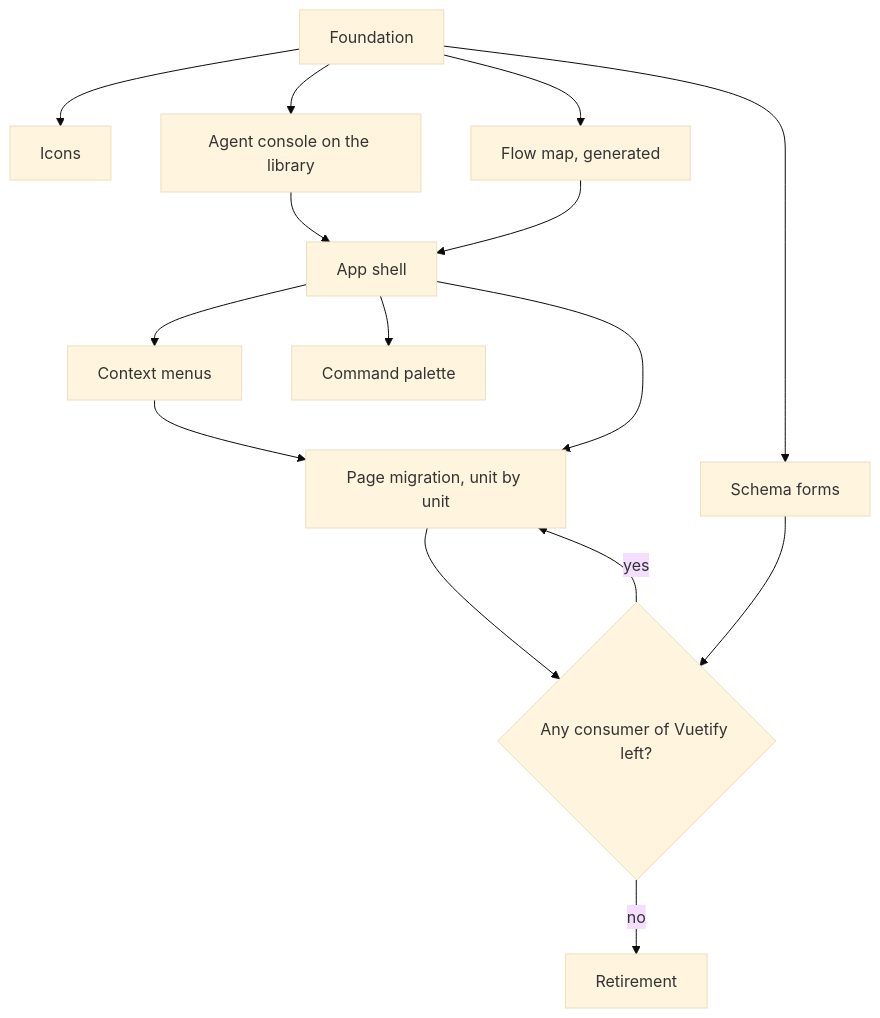
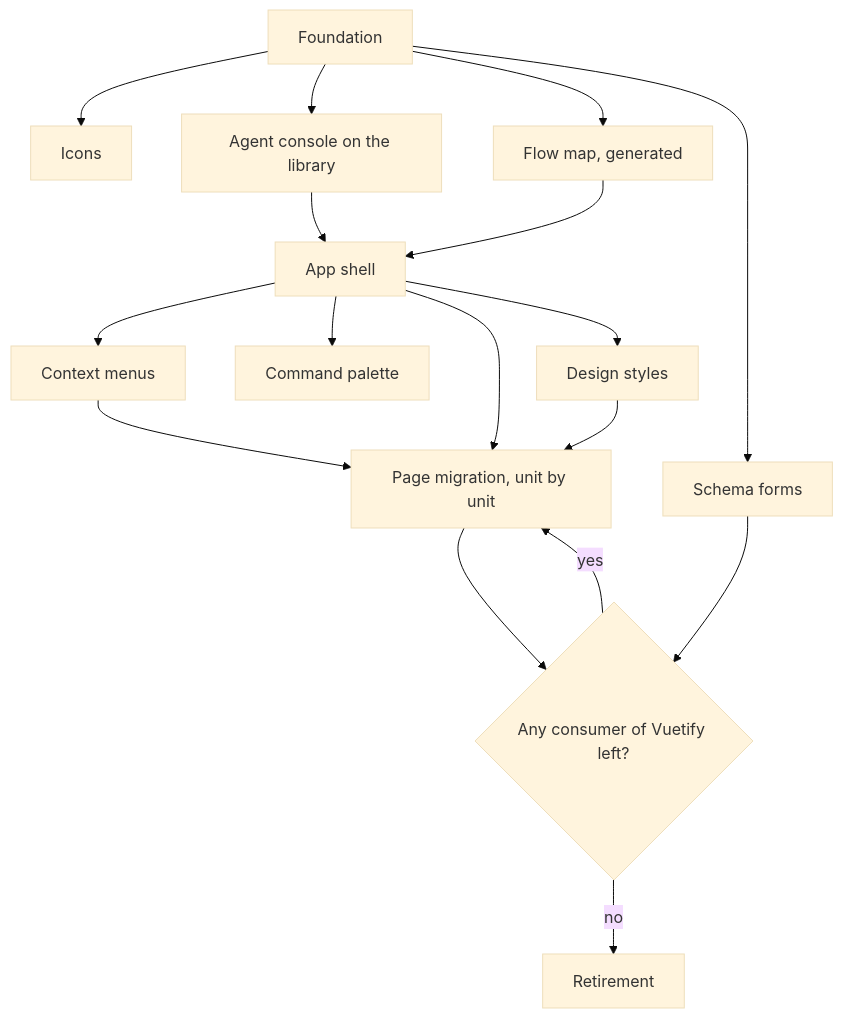
The second of 2 diagrams in apps/web/content/docs/proposals/refactors/ui-library/index.md (Esposter/Esposter), drawn with Mermaid (base theme) before and after one commit. The commit also changed other lines of this file and 8 other files, not shown here.

First line of the commit message:
docs(ui): design styles proposal, and one page of design sources

````diff
--- a/apps/web/content/docs/proposals/refactors/ui-library/index.md
+++ b/apps/web/content/docs/proposals/refactors/ui-library/index.md
@@ -63,17 +64,19 @@
 ```mermaid
 flowchart TD
   S0[Foundation] --> S1[Icons]
   S0 --> S2[Agent console on the library]
   S0 --> FM[Flow map, generated]
   FM --> S3
   S2 --> S3[App shell]
   S3 --> S4[Context menus]
   S3 --> S5[Command palette]
   S3 --> S6[Page migration, unit by unit]
   S4 --> S6
   S6 --> G{Any consumer of Vuetify left?}
   S0 --> S7[Schema forms]
+  S3 --> DS[Design styles]
+  DS --> S6
   S7 --> G
   G -->|yes| S6
   G -->|no| S8[Retirement]
 ```
````
